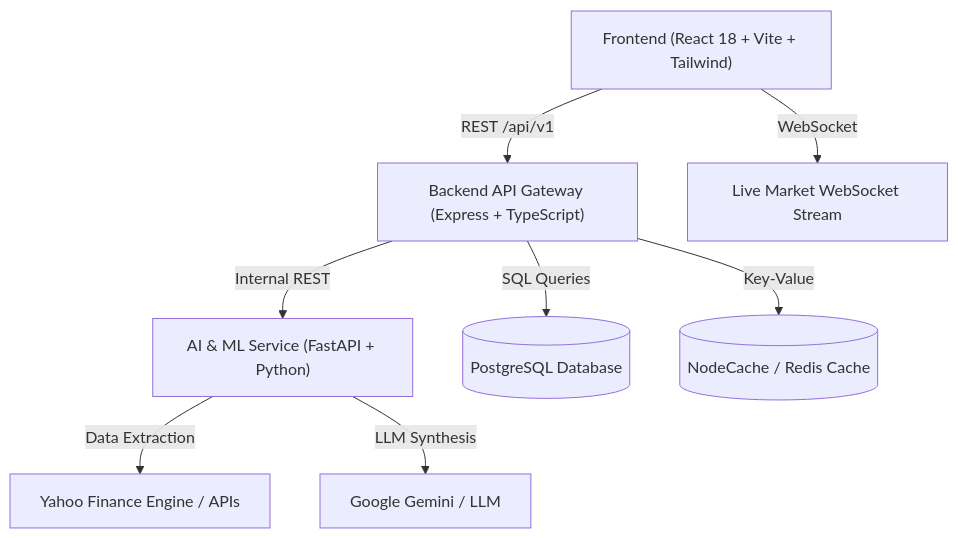
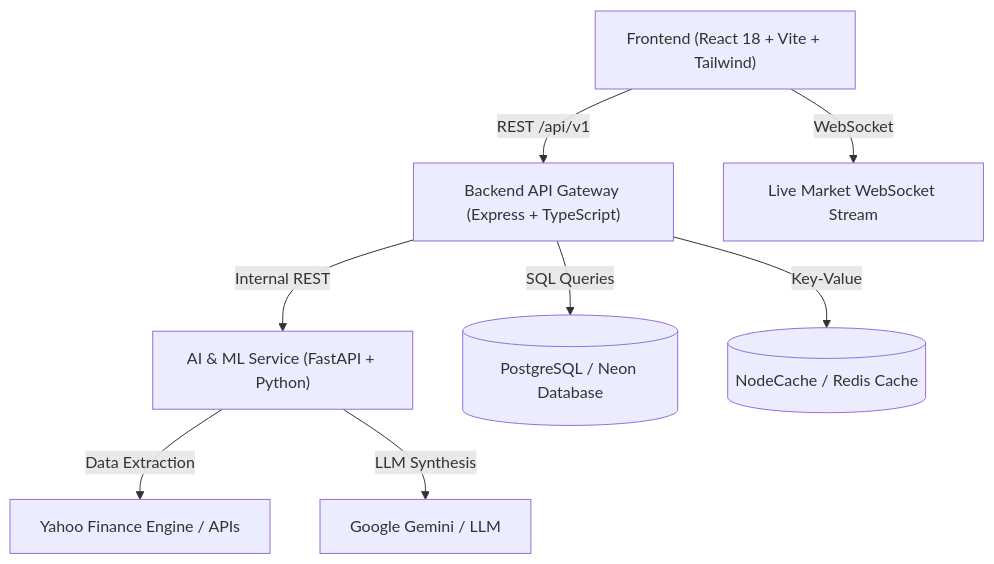
The diagram in README.md (shiv2240/Graph-Analyzer-and-Predicter), drawn with Mermaid before and after one commit. The commit also changed other lines of this file and 35 other files, not shown here.

````diff
--- a/README.md
+++ b/README.md
@@ -87,10 +85,10 @@
 ```mermaid
 graph TD
     Client["Frontend (React 18 + Vite + Tailwind)"] -->|REST /api/v1| Backend["Backend API Gateway (Express + TypeScript)"]
     Client -->|WebSocket| Stream["Live Market WebSocket Stream"]
     Backend -->|Internal REST| AIService["AI & ML Service (FastAPI + Python)"]
-    Backend -->|SQL Queries| DB[(PostgreSQL Database)]
+    Backend -->|SQL Queries| DB[(PostgreSQL / Neon Database)]
     Backend -->|Key-Value| Cache[(NodeCache / Redis Cache)]
     AIService -->|Data Extraction| YFinance["Yahoo Finance Engine / APIs"]
     AIService -->|LLM Synthesis| Gemini["Google Gemini / LLM"]
 ```
````
